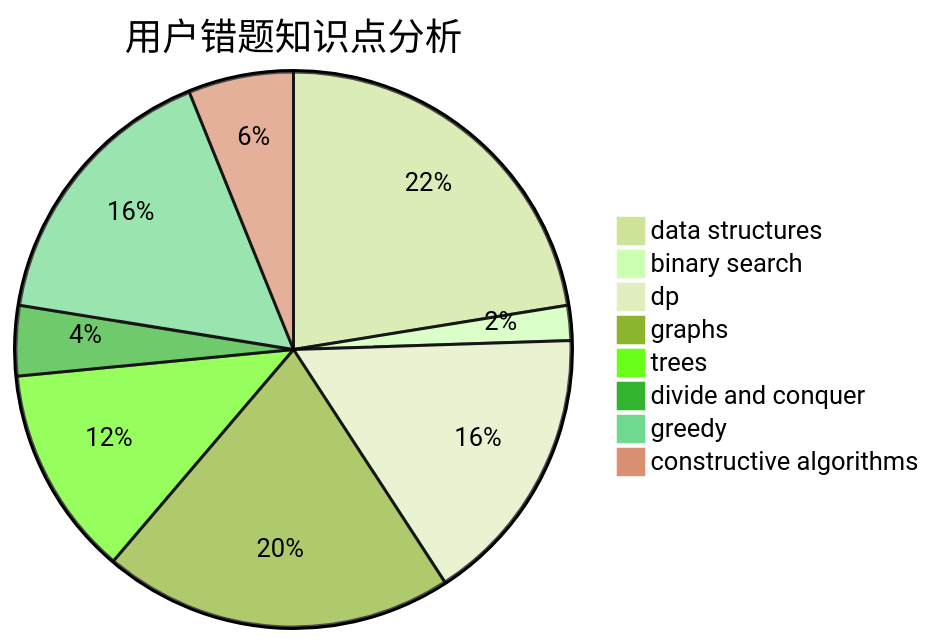
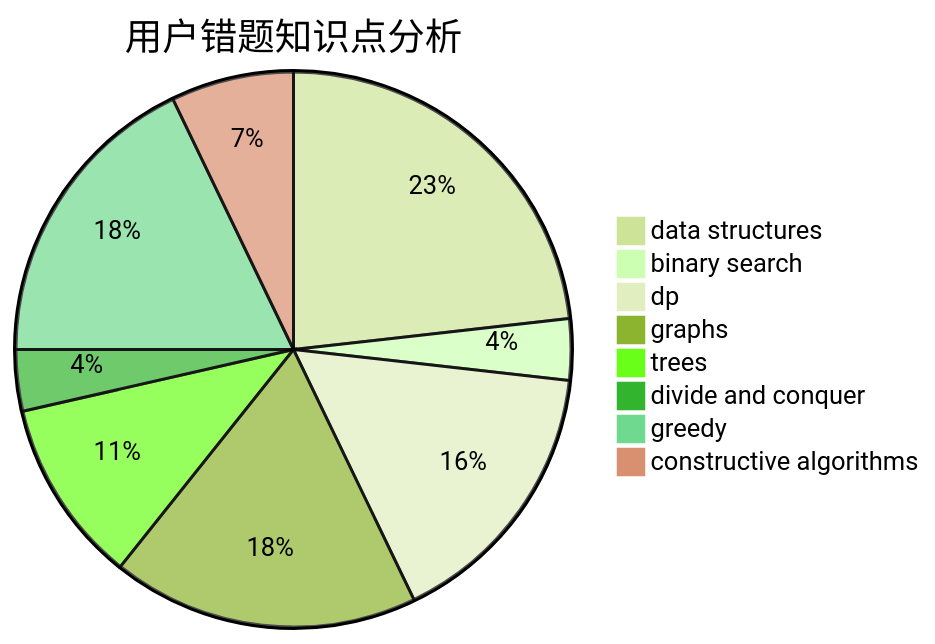
The third of 3 diagrams in docs/user/u2119.md (sherpahu/cfrs.github.io), drawn with Mermaid (forest theme) before and after one commit. The commit also changed other lines of this file and 2770 other files, not shown here.

````diff
--- a/docs/user/u2119.md
+++ b/docs/user/u2119.md
@@ -36,11 +36,11 @@
 ```mermaid
 pie title 用户错题知识点分析
-    "data structures" :  11
-    "binary search" :  1
-    "dp" :  8
+    "data structures" :  13
+    "binary search" :  2
+    "dp" :  9
     "graphs" :  10
     "trees" :  6
     "divide and conquer" :  2
-    "greedy" :  8
-    "constructive algorithms" :  3
+    "greedy" :  10
+    "constructive algorithms" :  4
 ```
````
